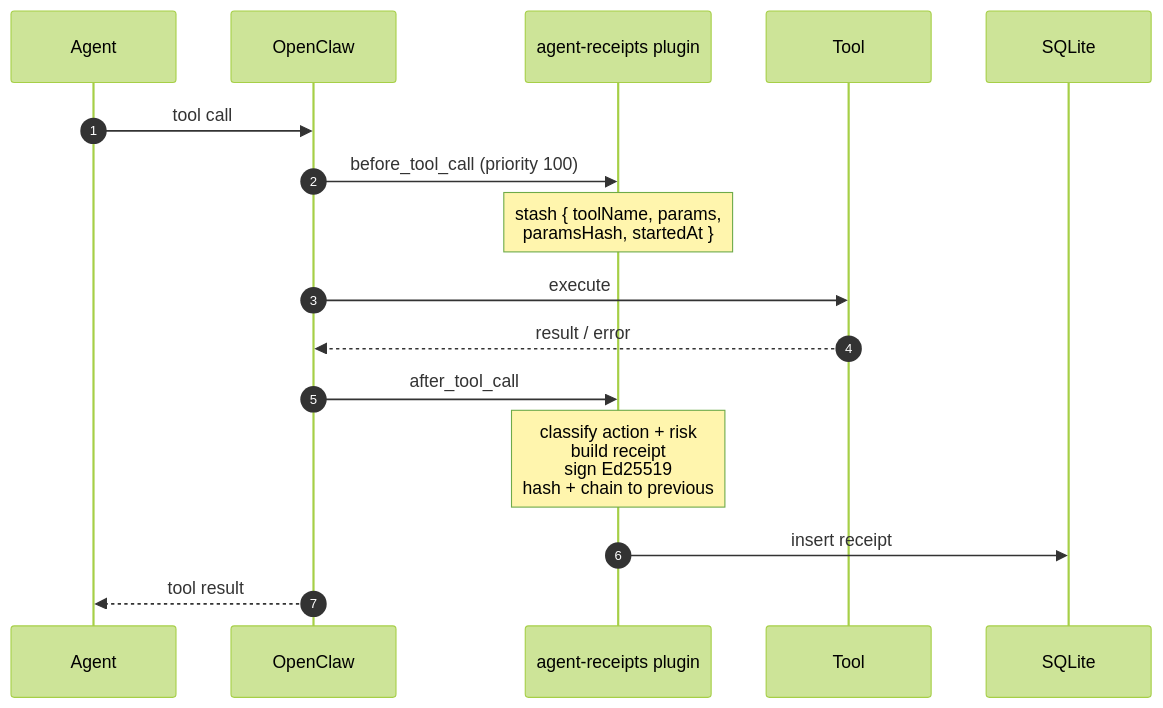
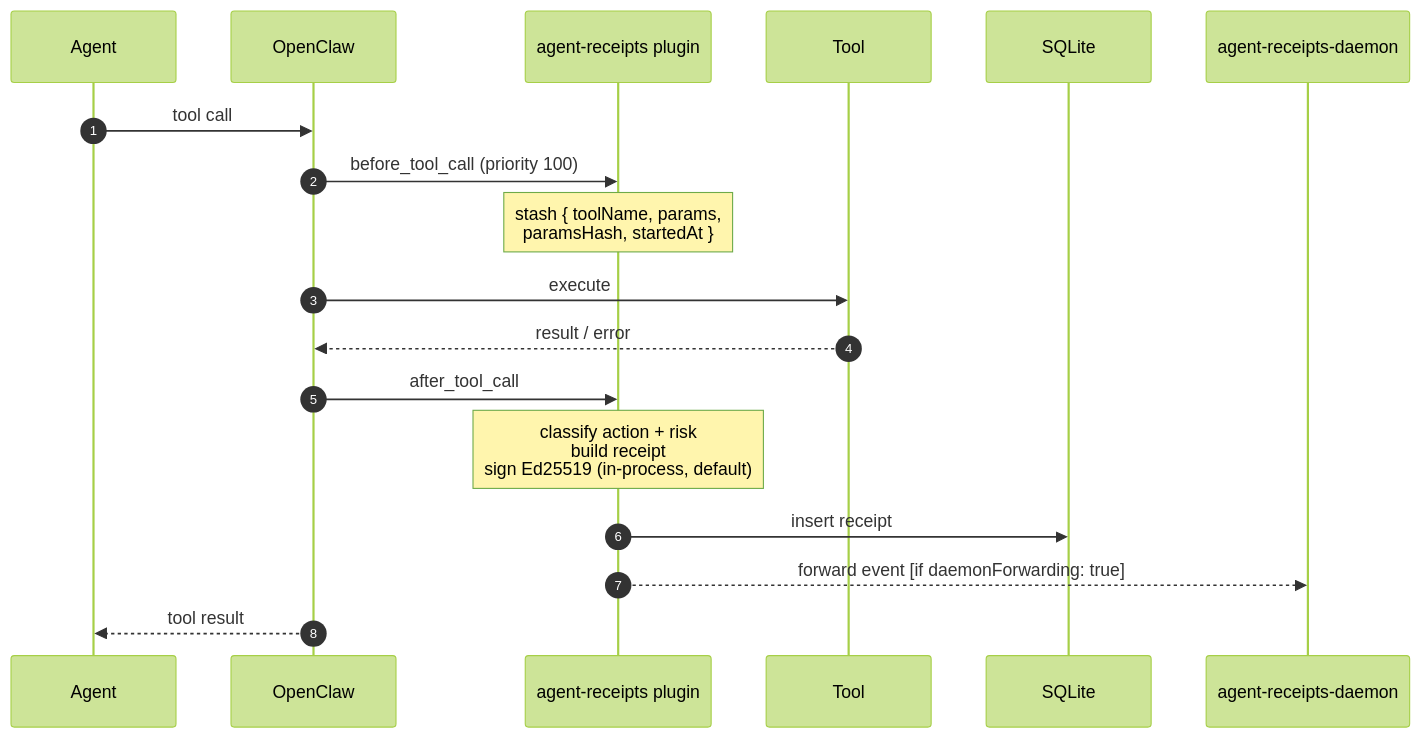
One commit to agent-receipts/ar changed the diagram in site/src/content/docs/blog/openclaw-plugin-deep-dive.mdx. Above: the diagram before and after it, drawn with Mermaid (forest theme). The commit also changed other lines of this file and 1 other file, not shown here.

Commit message:
docs(site): Track 5 existing-diagram fixes — Gap 2.2, 7.1 (#291)
specification/how-it-works.mdx — Gap 2.2:
  Added italic caption below the signing pipeline SVG clarifying that
  all steps (RFC 8785, Ed25519 sign) are performed by agent-receipts-daemon;
  the emitter sends raw fields and never holds the key.

blog/openclaw-plugin-deep-dive.mdx — Gap 7.1:
  Updated hook pipeline Mermaid sequence diagram — added agent-receipts-daemon
  as a participant; after_tool_call note updated from "sign Ed25519 / hash +
  chain to previous" (pure in-process) to "sign Ed25519 (in-process, default)"
  with an optional forwarding arrow to the daemon when daemonForwarding: true.
  Prose paragraph below updated to describe both paths.

Gap 1.2 (homepage SVG): already captioned as conceptual in PR #392.
Gap 6.1 (openclaw ASCII): already updated with daemon caveat in PR #397.

````diff
--- a/site/src/content/docs/blog/openclaw-plugin-deep-dive.mdx
+++ b/site/src/content/docs/blog/openclaw-plugin-deep-dive.mdx
@@ -30,19 +30,21 @@
 ```mermaid
 sequenceDiagram
     autonumber
     participant Agent
     participant OpenClaw
     participant Plugin as agent-receipts plugin
     participant Tool
     participant DB as SQLite
+    participant Daemon as agent-receipts-daemon
 
     Agent->>OpenClaw: tool call
     OpenClaw->>Plugin: before_tool_call (priority 100)
     Note over Plugin: stash { toolName, params,<br/>paramsHash, startedAt }
     OpenClaw->>Tool: execute
     Tool-->>OpenClaw: result / error
     OpenClaw->>Plugin: after_tool_call
-    Note over Plugin: classify action + risk<br/>build receipt<br/>sign Ed25519<br/>hash + chain to previous
+    Note over Plugin: classify action + risk<br/>build receipt<br/>sign Ed25519 (in-process, default)
     Plugin->>DB: insert receipt
+    Plugin-->>Daemon: forward event [if daemonForwarding: true]
     OpenClaw-->>Agent: tool result
 ```
````
